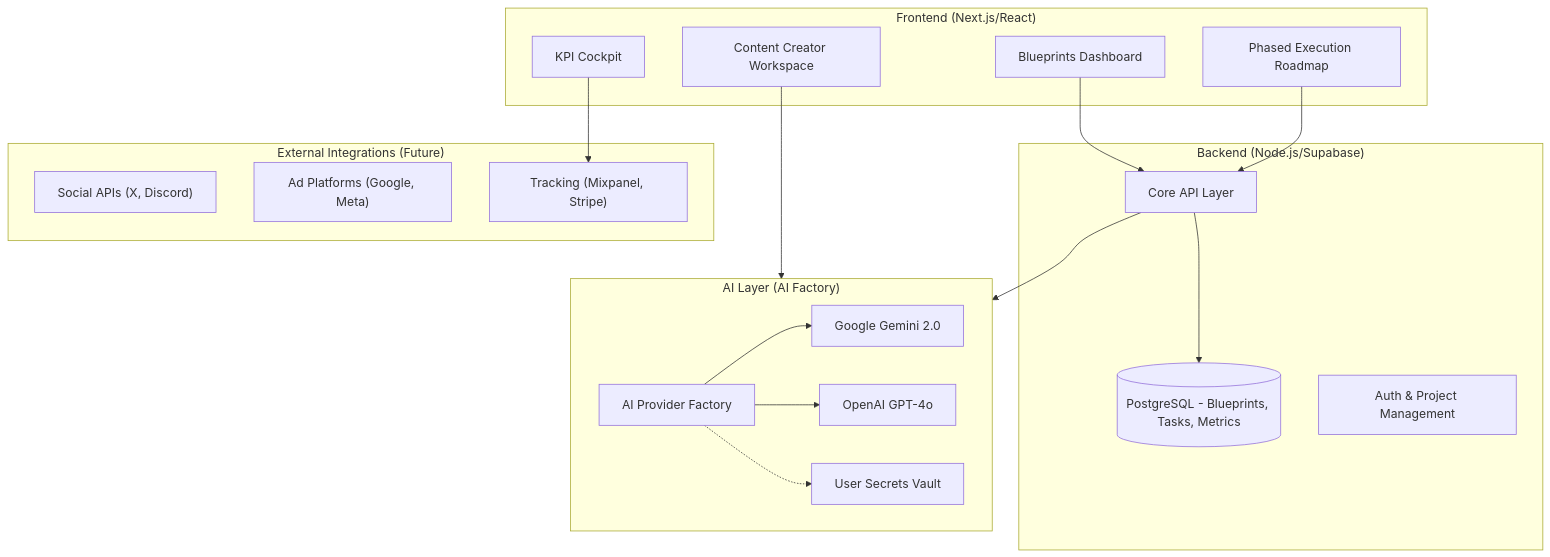
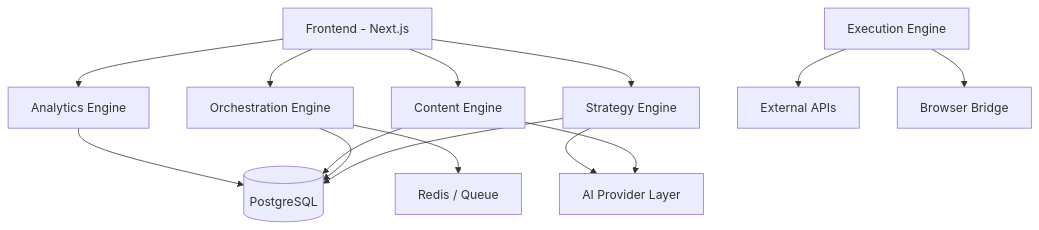
Before and after one commit to amaco/LaunchGrid: the diagram in docs/architecture.md, drawn with Mermaid. The commit also changed other lines of this file and 14 other files, not shown here.

Commit message:
feat: Introduce browser extension, project detail page, and workflow execution capabilities with new API routes and database schema.

````diff
--- a/docs/architecture.md
+++ b/docs/architecture.md
@@ -48,39 +32,31 @@
 ```mermaid
 graph TD
-    subgraph "Frontend (Next.js/React)"
-        Dashboard["Blueprints Dashboard"]
-        Roadmap["Phased Execution Roadmap"]
-        ContentTab["Content Creator Workspace"]
-        Analytics["KPI Cockpit"]
-    end
+    FE[Frontend - Next.js]
 
-    subgraph "Backend (Node.js/Supabase)"
-        API["Core API Layer"]
-        DB[(PostgreSQL - Blueprints, Tasks, Metrics)]
-        Auth[Auth & Project Management]
-    end
+    SE[Strategy Engine]
+    OE[Orchestration Engine]
+    CE[Content Engine]
+    XE[Execution Engine]
+    AE[Analytics Engine]
 
-    subgraph "AI Layer (AI Factory)"
-        direction LR
-        Factory[AI Provider Factory]
-        Gemini[Google Gemini 2.0]
-        OpenAI[OpenAI GPT-4o]
-        Secrets[User Secrets Vault]
-        Factory --> Gemini
-        Factory --> OpenAI
-        Factory -.-> Secrets
-    end
+    DB[(PostgreSQL)]
+    Q[Redis / Queue]
+    AI[AI Provider Layer]
 
-    subgraph "External Integrations (Future)"
-        SocAPI["Social APIs (X, Discord)"]
-        AdAPI["Ad Platforms (Google, Meta)"]
-        TrackAPI["Tracking (Mixpanel, Stripe)"]
-    end
+    FE --> SE
+    FE --> OE
+    FE --> CE
+    FE --> AE
 
-    Dashboard --> API
-    API --> Factory
-    API --> DB
-    ContentTab --> Factory
-    Analytics --> TrackAPI
-    Roadmap --> API
+    SE --> DB
+    OE --> DB
+    CE --> DB
+    AE --> DB
+
+    OE --> Q
+    CE --> AI
+    SE --> AI
+
+    XE --> External[External APIs]
+    XE --> Browser[Browser Bridge]
 ```
````
